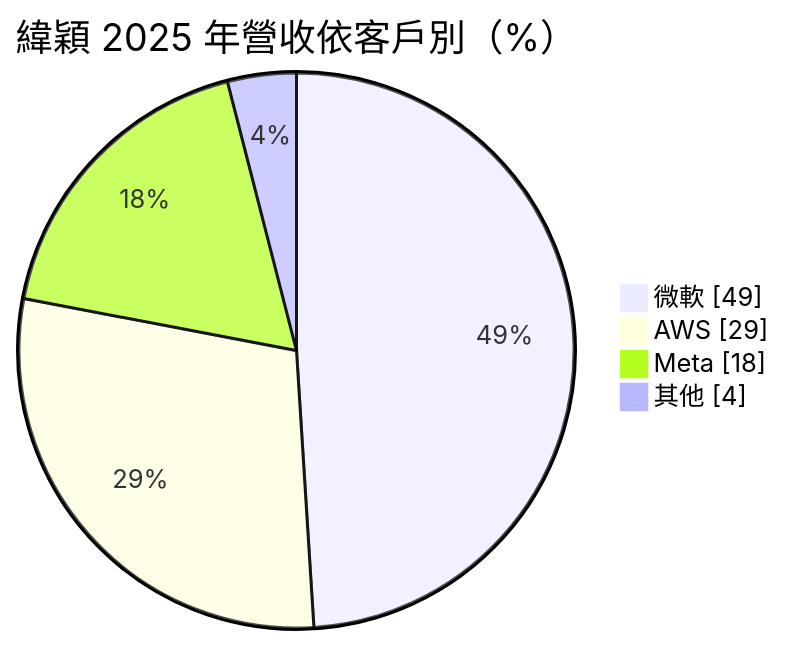
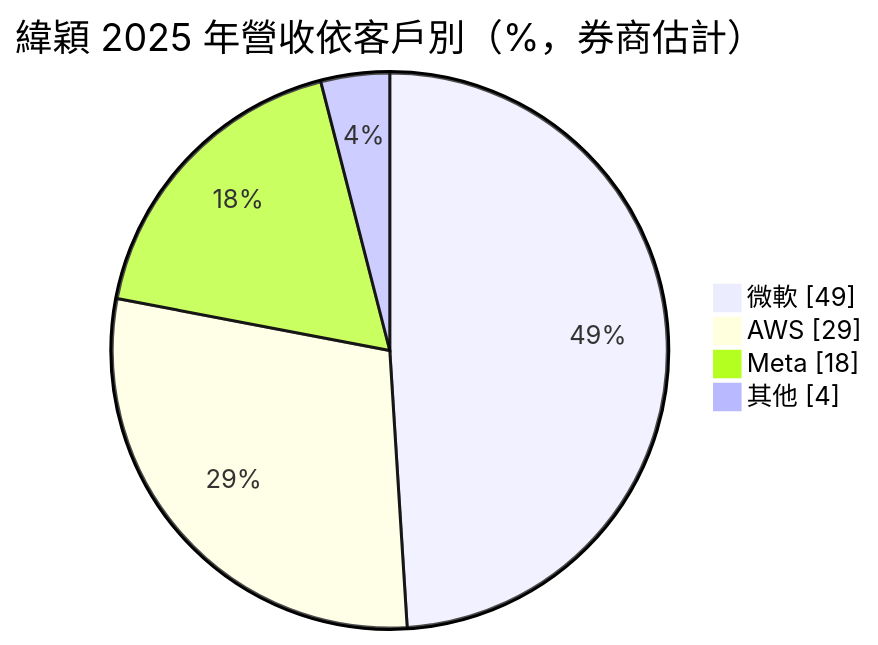
Before and after one commit to wangnick1004/taiwan-stock-vault: the first of 4 diagrams in 個股/台股/6669緯穎.md, drawn with Mermaid. The commit also changed other lines of this file and 6 other files, not shown here.

````diff
--- a/個股/台股/6669緯穎.md
+++ b/個股/台股/6669緯穎.md
@@ -54,8 +56,8 @@
 ```mermaid
 pie showData
-    title 緯穎 2025 年營收依客戶別（%）
+    title 緯穎 2025 年營收依客戶別（%，券商估計）
     "微軟" : 49
     "AWS" : 29
     "Meta" : 18
     "其他" : 4
 ```
````
